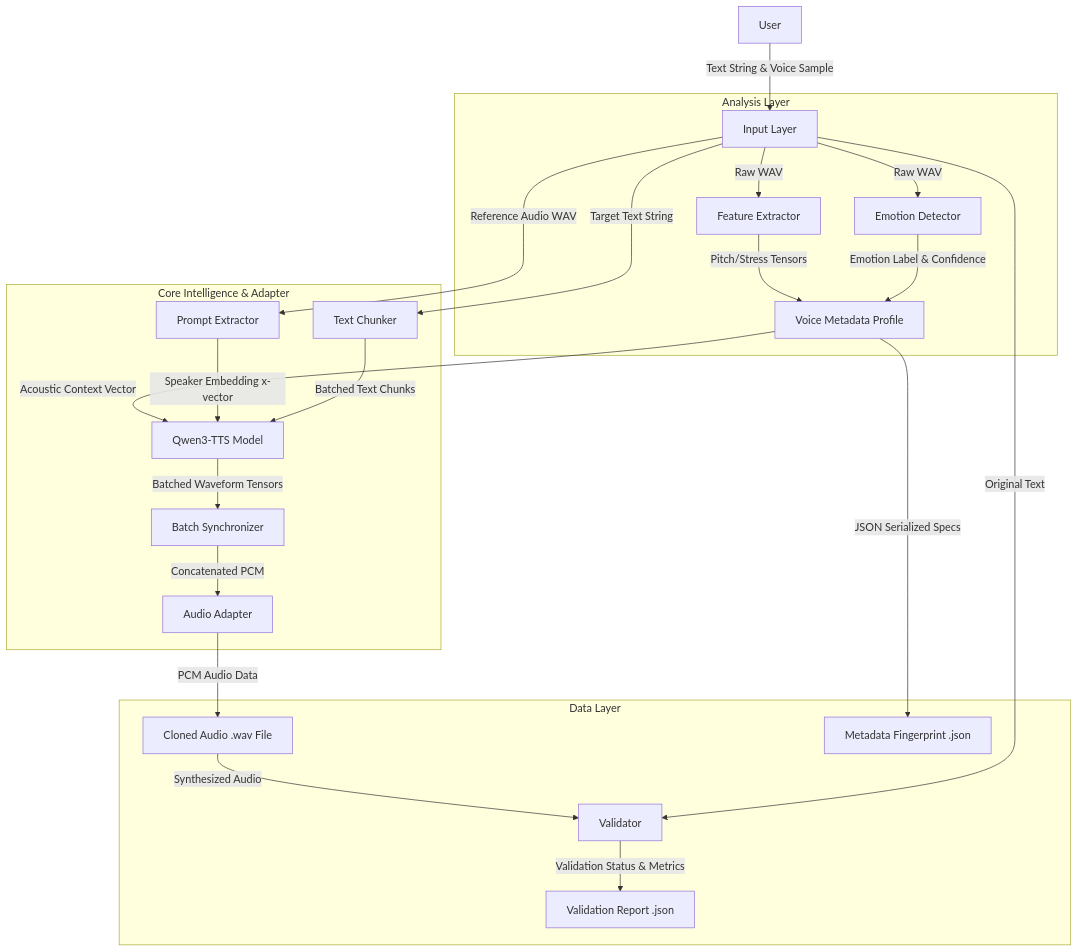
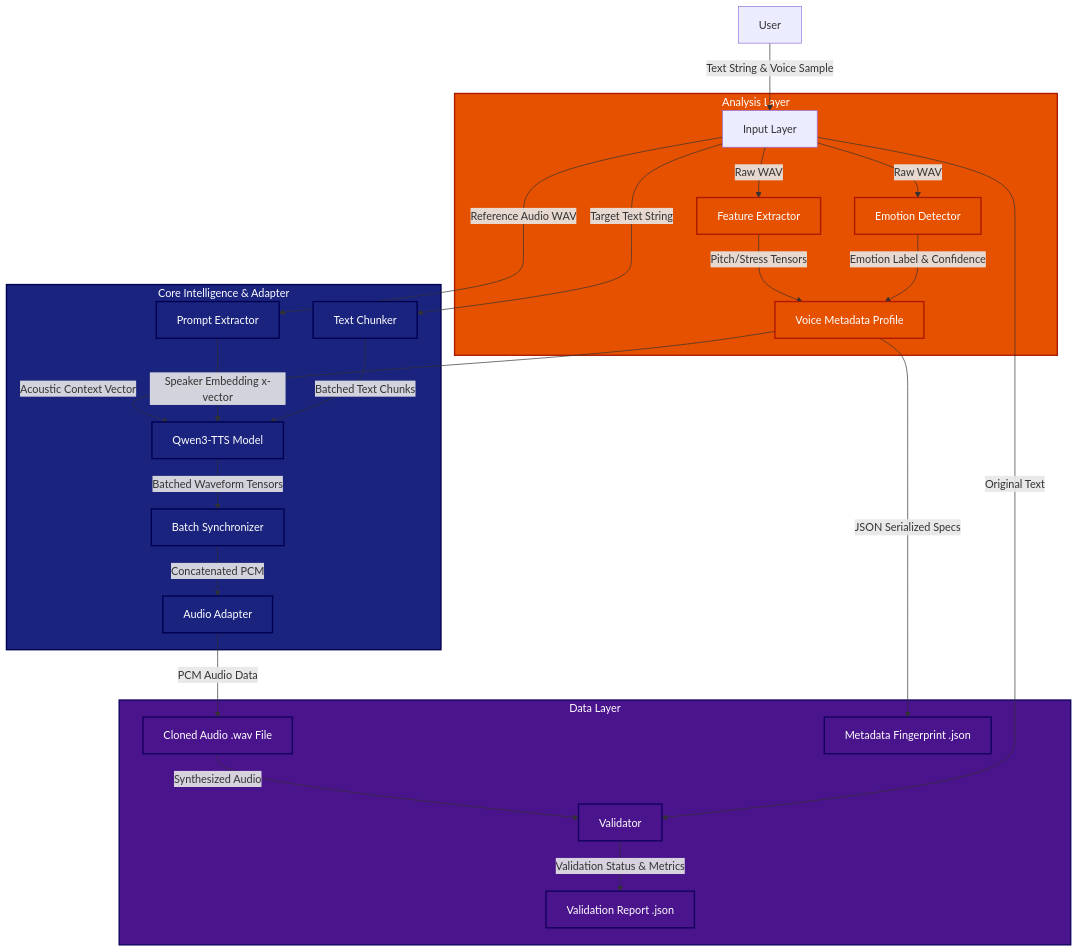
The diagram in docs/ARCHITECTURE.md (Praveen-1307/-Personalized-Speech-Learning-using-TTS), drawn with Mermaid before and after one commit. The commit also changed 1 other file, not shown here.

Commit message:
Final commit

````diff
--- a/docs/ARCHITECTURE.md
+++ b/docs/ARCHITECTURE.md
@@ -15,29 +15,39 @@
 ```mermaid
 graph TD
     User[User] -->|Text String & Voice Sample| InputLayer[Input Layer]
     
     subgraph Analysis [Analysis Layer]
         InputLayer -->|Raw WAV| FE[Feature Extractor]
         InputLayer -->|Raw WAV| ED[Emotion Detector]
         FE -->|Pitch/Stress Tensors| Profile[Voice Metadata Profile]
         ED -->|Emotion Label & Confidence| Profile
     end
     
     subgraph Core [Core Intelligence & Adapter]
         Profile -->|Acoustic Context Vector| Qwen[Qwen3-TTS Model]
         InputLayer -->|Reference Audio WAV| Prompt[Prompt Extractor]
         InputLayer -->|Target Text String| Chunker[Text Chunker]
         Prompt -->|Speaker Embedding x-vector| Qwen
         Chunker -->|Batched Text Chunks| Qwen
         Qwen -->|Batched Waveform Tensors| Sync[Batch Synchronizer]
         Sync -->|Concatenated PCM| Adapter[Audio Adapter]
     end
     
     subgraph Data [Data Layer]
         Adapter -->|PCM Audio Data| WavOut[Cloned Audio .wav File]
         Profile -->|JSON Serialized Specs| JsonOut[Metadata Fingerprint .json]
         WavOut -->|Synthesized Audio| Val[Validator]
         InputLayer -->|Original Text| Val
         Val -->|Validation Status & Metrics| ReportOut[Validation Report .json]
     end
+
+    %% Styling with High Contrast (Dark backgrounds with white text)
+    classDef mainNode fill:#1a237e,stroke:#000051,color:#ffffff,stroke-width:2px;
+    classDef analysisNode fill:#e65100,stroke:#ac1900,color:#ffffff,stroke-width:2px;
+    classDef modelNode fill:#1b5e20,stroke:#003300,color:#ffffff,stroke-width:2px;
+    classDef outputNode fill:#4a148c,stroke:#12005e,color:#ffffff,stroke-width:2px;
+    
+    class Qwen,Prompt,Chunker,Sync,Adapter,Core mainNode;
+    class FE,ED,Profile,Analysis analysisNode;
+    class Data,WavOut,JsonOut,ReportOut,Val outputNode;
 ```
````
